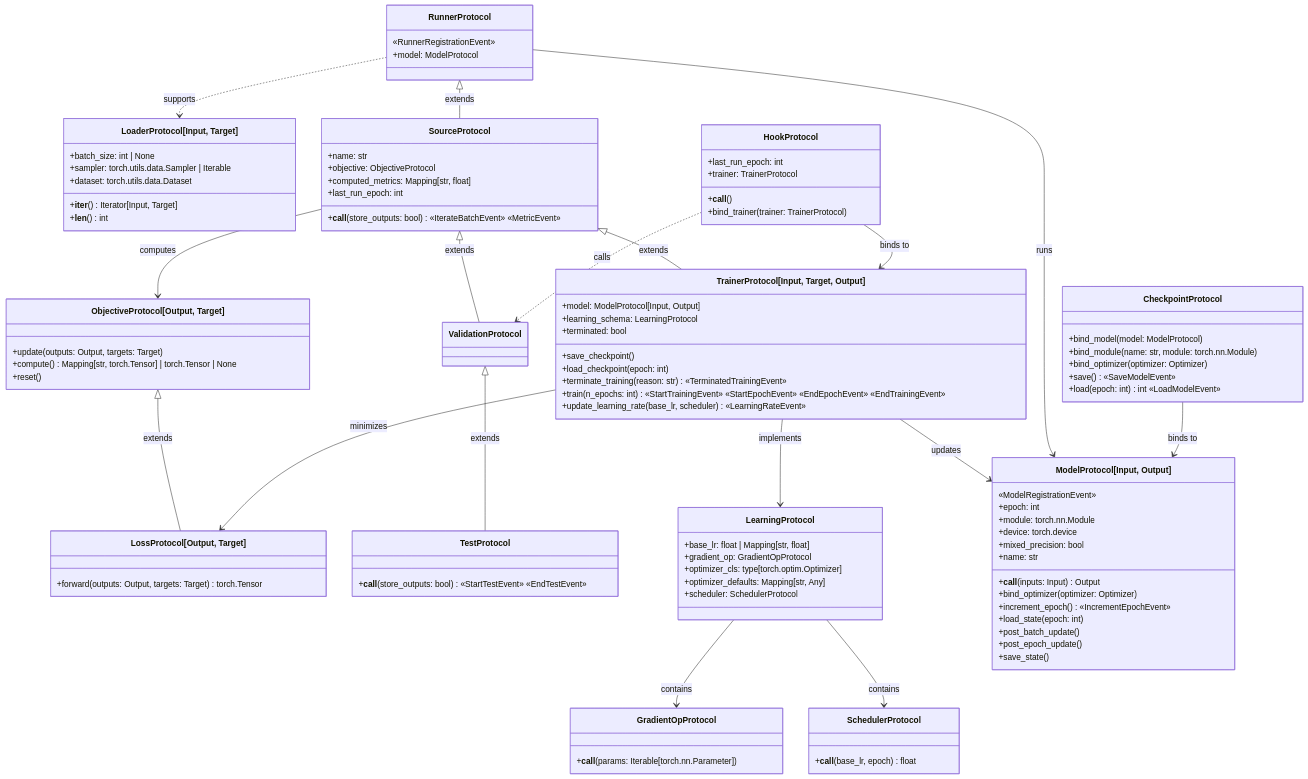
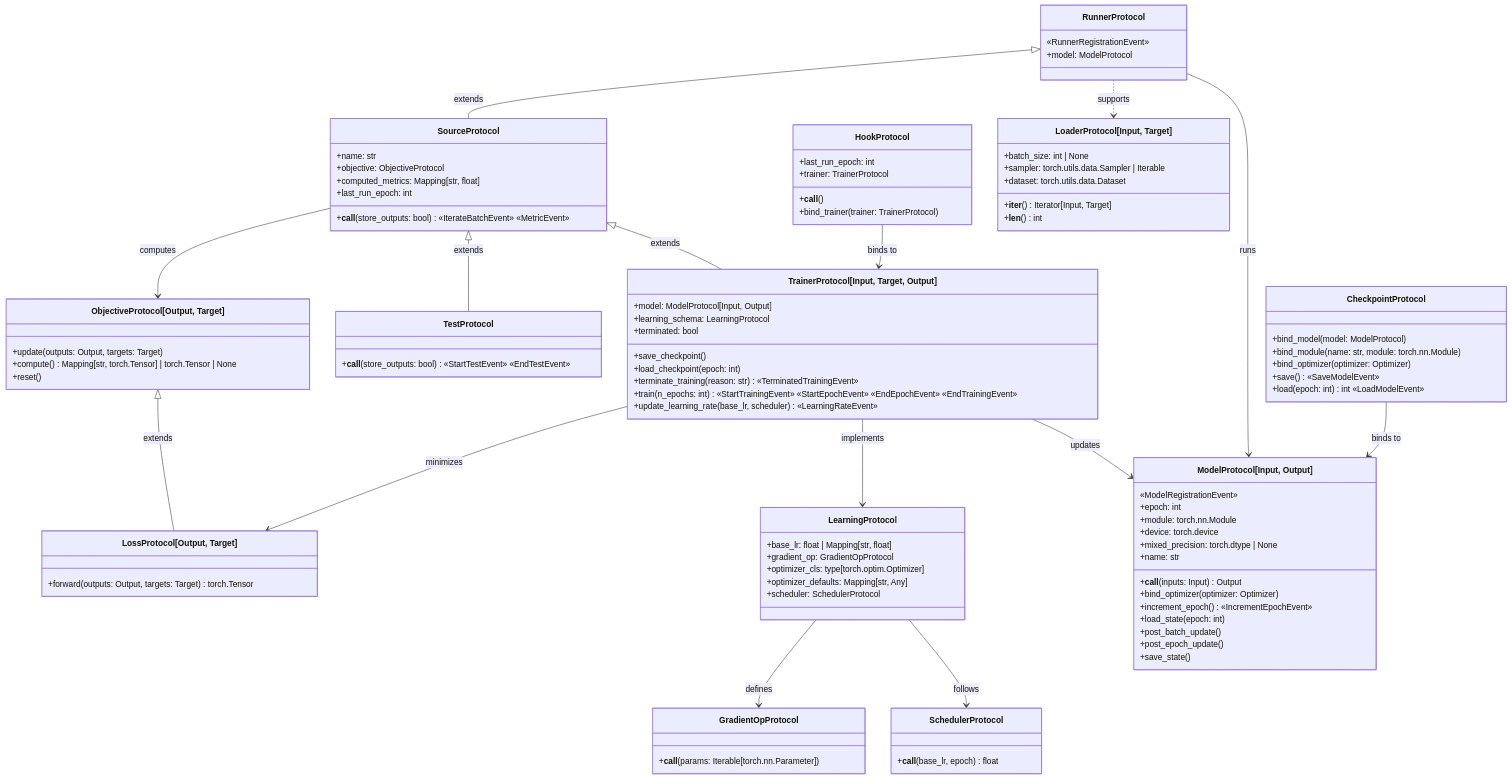
Before and after one commit to nverchev/drytorch: the diagram in docs/protocols.md, drawn with Mermaid. The commit also changed 28 other files, not shown here.

````diff
--- a/docs/protocols.md
+++ b/docs/protocols.md
@@ -30,4 +30,5 @@
 ```mermaid
+%%{init: {'theme': 'default'}}%%
 
 classDiagram
 direction TB
@@ -37,13 +38,6 @@
         +model: ModelProtocol
     }
 
-    class LoaderProtocol["LoaderProtocol[Input, Target]"] {
-        +batch_size: int | None
-        +sampler: torch.utils.data.Sampler | Iterable
-        +dataset: torch.utils.data.Dataset
-        +__iter__() Iterator[Input, Target]
-        +__len__() int
-    }
 
     class SourceProtocol {
         +name: str
@@ -63,7 +57,6 @@
         +forward(outputs: Output, targets: Target) torch.Tensor
     }
 
-    class ValidationProtocol
 
     class TestProtocol {
         +__call__(store_outputs: bool) «StartTestEvent» «EndTestEvent»
@@ -101,7 +94,7 @@
         +epoch: int
         +module: torch.nn.Module
         +device: torch.device
-        +mixed_precision: bool
+        +mixed_precision: torch.dtype | None
         +name: str
         +__call__(inputs: Input) Output
         +bind_optimizer(optimizer: Optimizer)
@@ -127,21 +120,27 @@
         +bind_trainer(trainer: TrainerProtocol)
     }
 
+    class LoaderProtocol["LoaderProtocol[Input, Target]"] {
+        +batch_size: int | None
+        +sampler: torch.utils.data.Sampler | Iterable
+        +dataset: torch.utils.data.Dataset
+        +__iter__() Iterator[Input, Target]
+        +__len__() int
+    }
+
     RunnerProtocol ..> LoaderProtocol : supports
-    LearningProtocol --> GradientOpProtocol : contains
-    LearningProtocol --> SchedulerProtocol : contains
+    LearningProtocol --> GradientOpProtocol : defines
+    LearningProtocol --> SchedulerProtocol : follows
     CheckpointProtocol --> ModelProtocol : binds to
     RunnerProtocol --> ModelProtocol : runs
     SourceProtocol --> ObjectiveProtocol : computes
-    TrainerProtocol --> LearningProtocol :  implements
+    TrainerProtocol --> LearningProtocol : implements
     TrainerProtocol --> LossProtocol : minimizes
     TrainerProtocol --> ModelProtocol : updates
     HookProtocol --> TrainerProtocol : binds to
-    HookProtocol ..> ValidationProtocol : calls
     RunnerProtocol <|-- SourceProtocol : extends
     SourceProtocol <|-- TrainerProtocol : extends
-    SourceProtocol <|-- ValidationProtocol : extends
-    ValidationProtocol <|-- TestProtocol : extends
+    SourceProtocol <|-- TestProtocol : extends
     ObjectiveProtocol <|-- LossProtocol : extends
 
 ```
````
